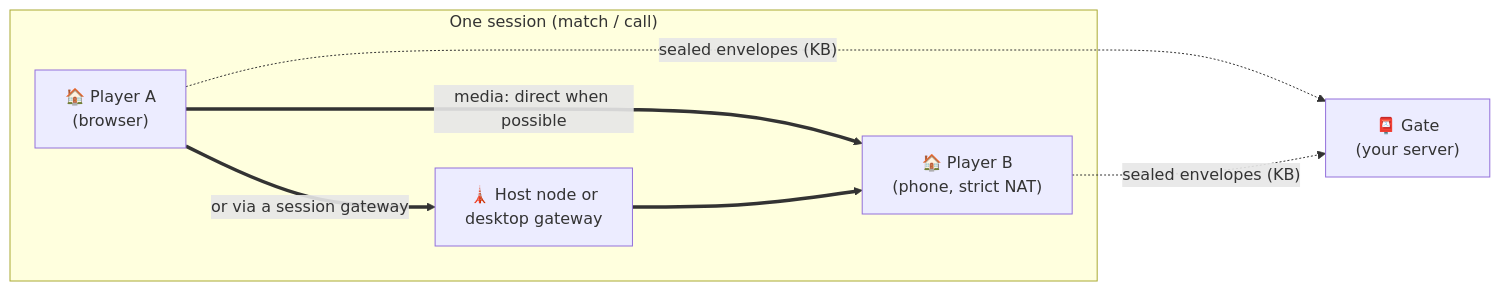
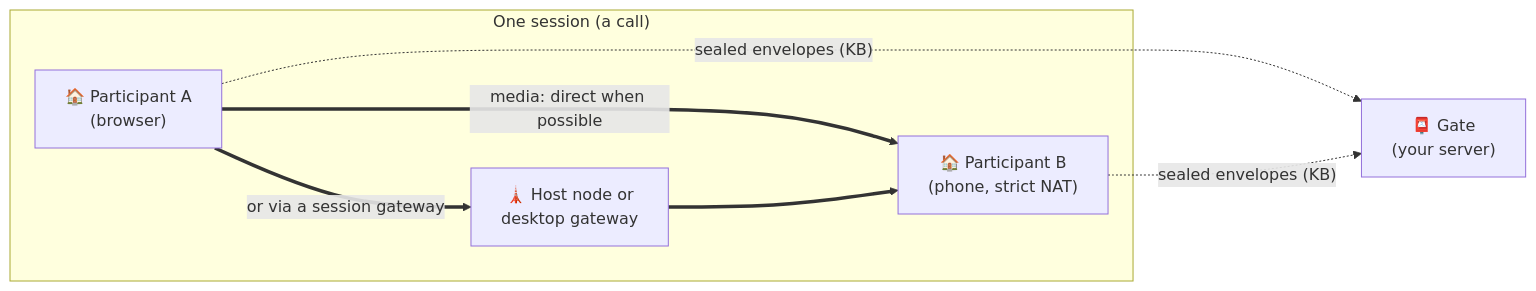
One commit to jolynstudios/freehop changed the diagram in README.md. Above: the diagram before and after it, drawn with Mermaid. The commit also changed other lines of this file and 67 other files, not shown here.

````diff
--- a/README.md
+++ b/README.md
@@ -51,14 +51,14 @@
 ```mermaid
 flowchart LR
-  subgraph session["One session (match / call)"]
-    A["🏠 Player A<br/>(browser)"]
-    B["🏠 Player B<br/>(phone, strict NAT)"]
+  subgraph session["One session (a call)"]
+    A["🏠 Participant A<br/>(browser)"]
+    B["🏠 Participant B<br/>(phone, strict NAT)"]
     H["🗼 Host node or<br/>desktop gateway"]
   end
   G["📮 Gate<br/>(your server)"]
   A -. "sealed envelopes (KB)" .-> G
   B -. "sealed envelopes (KB)" .-> G
   A == "media: direct when possible" ==> B
   A == "or via a session gateway" ==> H
   H ==> B
 ```
````
